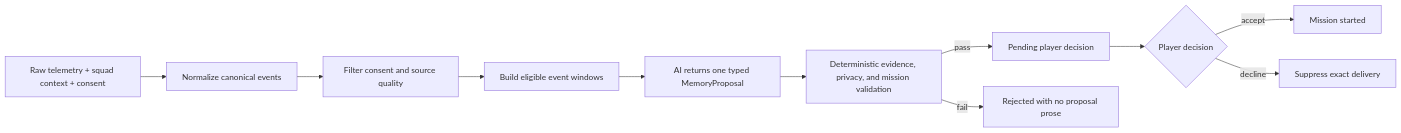
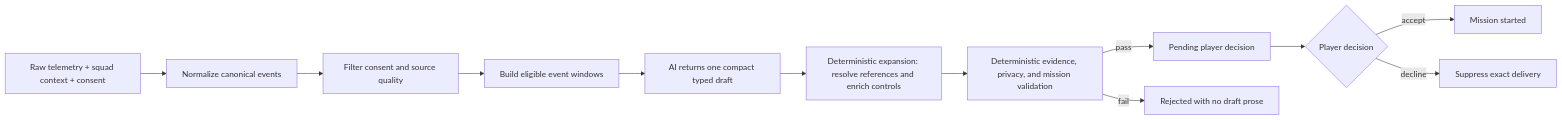
One commit to yumwoonsen/MemoryOS changed the diagram in docs/architecture.md. Above: the diagram before and after it, drawn with Mermaid. The commit also changed other lines of this file and 22 other files, not shown here.

````diff
--- a/docs/architecture.md
+++ b/docs/architecture.md
@@ -23,13 +26,14 @@
 ```mermaid
 flowchart LR
     A["Raw telemetry + squad context + consent"] --> B["Normalize canonical events"]
     B --> C["Filter consent and source quality"]
     C --> D["Build eligible event windows"]
-    D --> E["AI returns one typed MemoryProposal"]
-    E --> F["Deterministic evidence, privacy, and mission validation"]
-    F -->|"pass"| G["Pending player decision"]
-    F -->|"fail"| H["Rejected with no proposal prose"]
-    G --> I{"Player decision"}
-    I -->|"accept"| J["Mission started"]
-    I -->|"decline"| K["Suppress exact delivery"]
+    D --> E["AI returns one compact typed draft"]
+    E --> F["Deterministic expansion: resolve references and enrich controls"]
+    F --> G["Deterministic evidence, privacy, and mission validation"]
+    G -->|"pass"| H["Pending player decision"]
+    G -->|"fail"| I["Rejected with no draft prose"]
+    H --> J{"Player decision"}
+    J -->|"accept"| K["Mission started"]
+    J -->|"decline"| L["Suppress exact delivery"]
 ```
````
